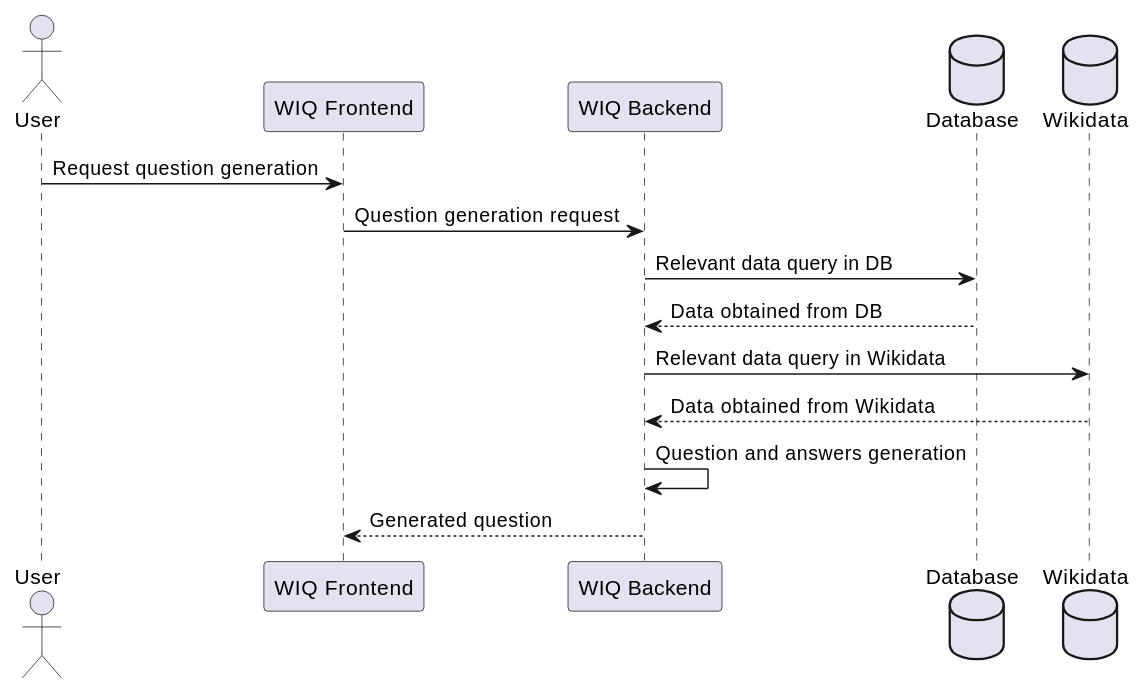
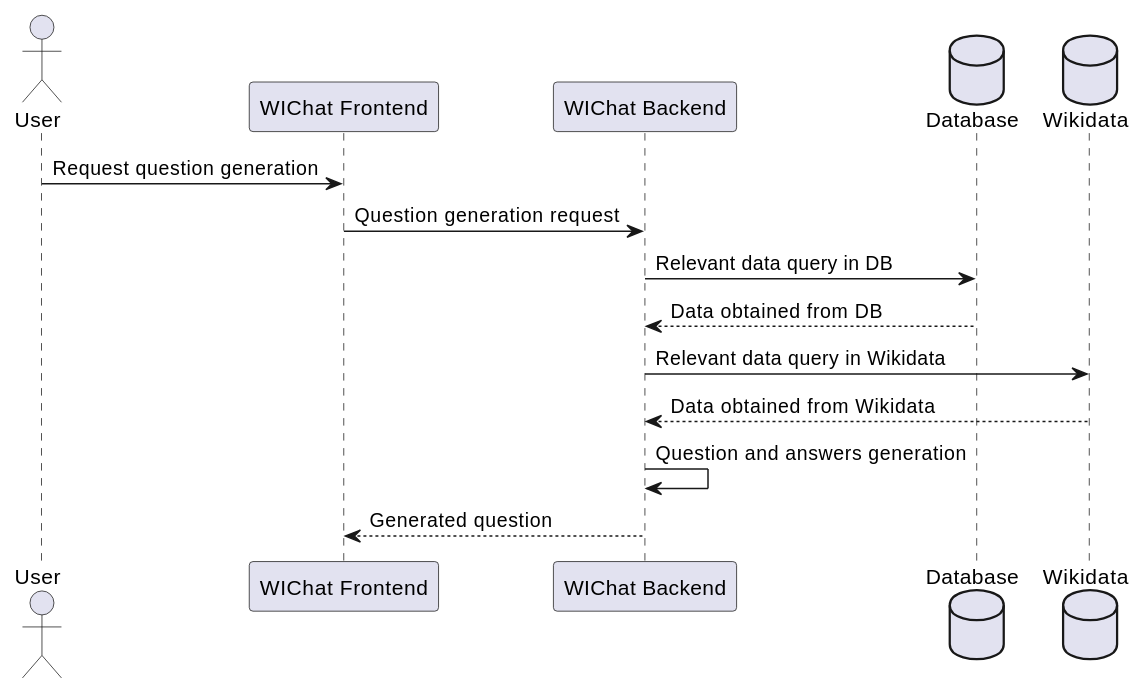
Before and after one commit to Arquisoft/wichat_es4b: the second of 7 diagrams in docs/src/06_runtime_view.adoc, drawn with PlantUML. The commit also changed other lines of this file, not shown here.

Commit message:
06_runtime_view.adoc: change WIChat name

```diff
--- a/docs/src/06_runtime_view.adoc
+++ b/docs/src/06_runtime_view.adoc
@@ -23,17 +23,17 @@
 [plantuml,"Sequence diagram 2",png]
 ----
 actor User
-participant "WIQ Frontend" as Frontend
-participant "WIQ Backend" as Backend
+participant "WIChat Frontend" as Frontend
+participant "WIChat Backend" as Backend
 database Database as DB
 database Wikidata as Data
 
 User -> Frontend: Request question generation
 Frontend -> Backend: Question generation request
 Backend -> DB: Relevant data query in DB
 DB --> Backend: Data obtained from DB
 Backend -> Data: Relevant data query in Wikidata
 Data --> Backend: Data obtained from Wikidata
 Backend -> Backend: Question and answers generation
 Backend --> Frontend: Generated question
 ----
```
